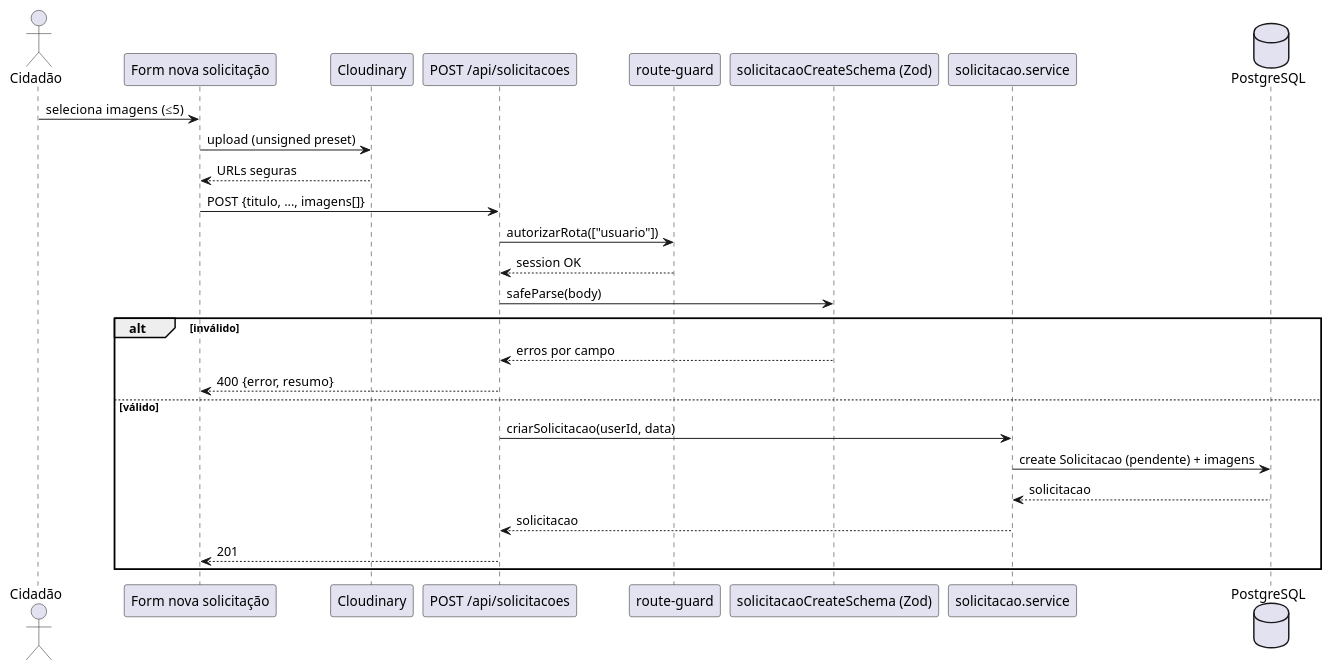
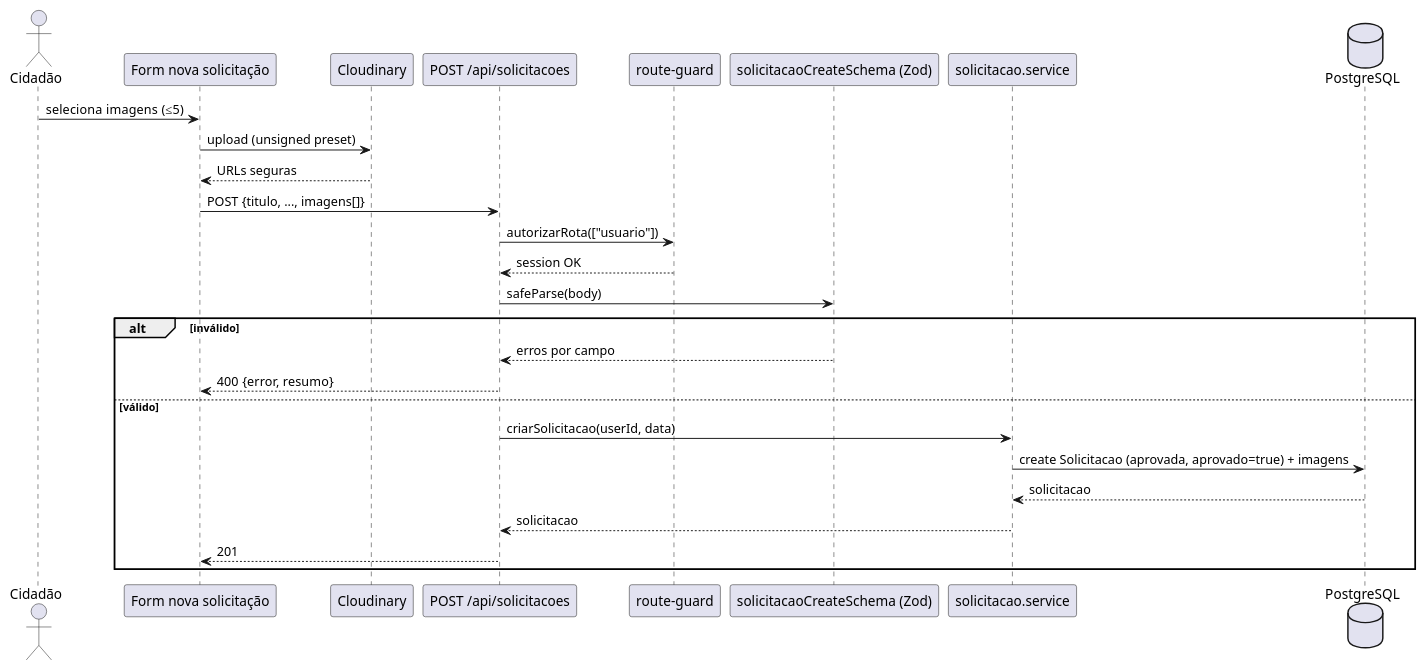
The sixth of 21 diagrams in docs/uml/documentacao-uml-completa.md (lononeiro/olx-ecologico), drawn with PlantUML before and after one commit. The commit also changed other lines of this file and 53 other files, not shown here.

First line of the commit message:
docs(uml): revisao dos diagramas e sincronizacao docs/ com uml/

````diff
--- a/docs/uml/documentacao-uml-completa.md
+++ b/docs/uml/documentacao-uml-completa.md
@@ -740,30 +740,30 @@
 ```plantuml
 @startuml seq-criar-solicitacao
 actor Cidadão
 participant "Form nova solicitação" as UI
 participant "Cloudinary" as CL
 participant "POST /api/solicitacoes" as EP
 participant "route-guard" as RG
 participant "solicitacaoCreateSchema (Zod)" as Z
 participant "solicitacao.service" as SVC
 database PostgreSQL as DB
 
 Cidadão -> UI : seleciona imagens (≤5)
 UI -> CL : upload (unsigned preset)
 CL --> UI : URLs seguras
 UI -> EP : POST {titulo, ..., imagens[]}
 EP -> RG : autorizarRota(["usuario"])
 RG --> EP : session OK
 EP -> Z : safeParse(body)
 alt inválido
   Z --> EP : erros por campo
   EP --> UI : 400 {error, resumo}
 else válido
   EP -> SVC : criarSolicitacao(userId, data)
-  SVC -> DB : create Solicitacao (pendente) + imagens
+  SVC -> DB : create Solicitacao (aprovada, aprovado=true) + imagens
   DB --> SVC : solicitacao
   SVC --> EP : solicitacao
   EP --> UI : 201
 end
 @enduml
 ```
````
